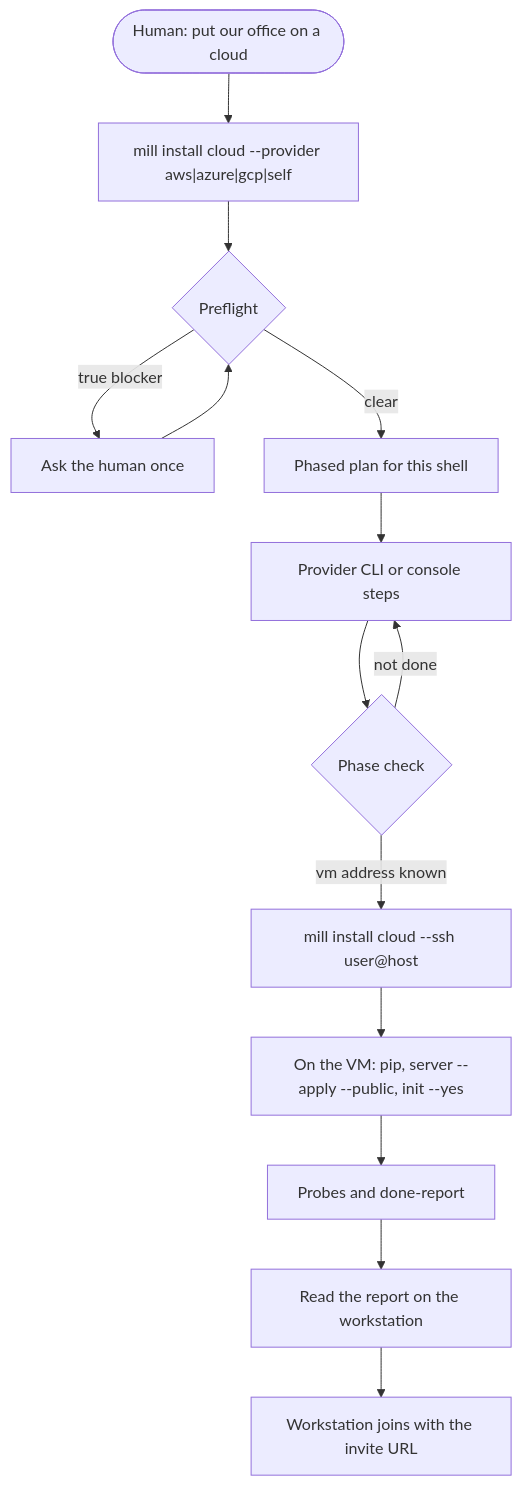
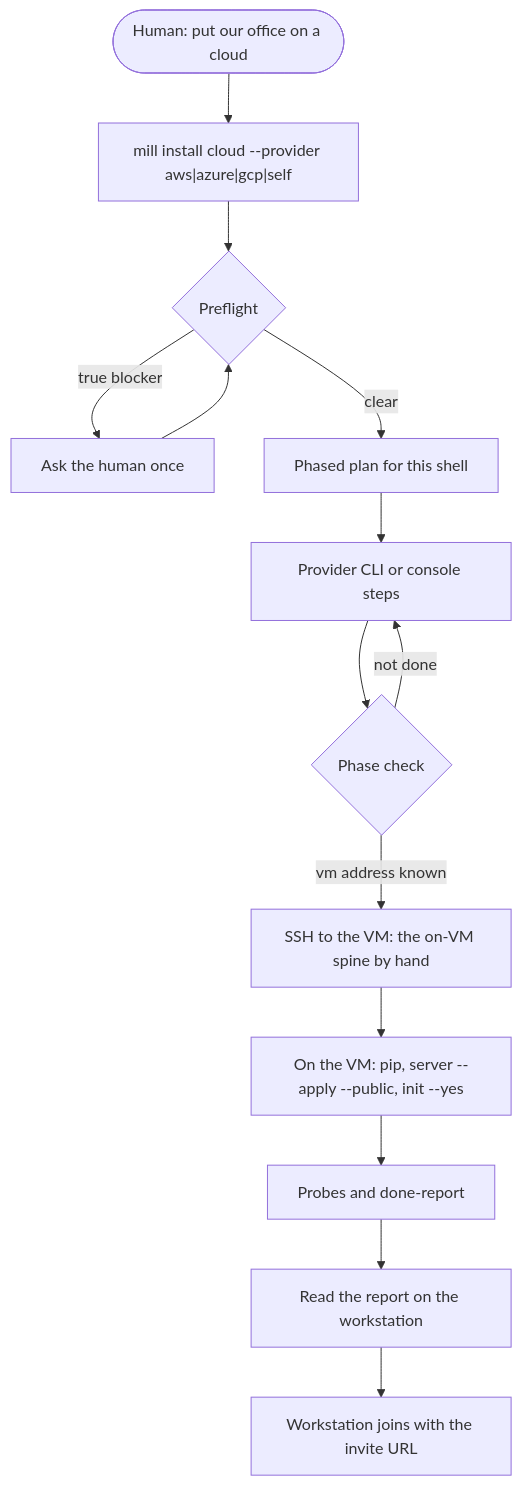
One commit to pyginapithon/the-mill changed the diagram in docs/install/CLOUD.md. Above: the diagram before and after it, drawn with Mermaid. The commit also changed other lines of this file and 17 other files, not shown here.

````diff
--- a/docs/install/CLOUD.md
+++ b/docs/install/CLOUD.md
@@ -19,16 +19,16 @@
 ```mermaid
 flowchart TD
   ask([Human: put our office on a cloud]) --> pre["mill install cloud --provider aws|azure|gcp|self"]
   pre --> pf{Preflight}
   pf -->|true blocker| human[Ask the human once]
   human --> pf
   pf -->|clear| plan[Phased plan for this shell]
   plan --> step[Provider CLI or console steps]
   step --> check{Phase check}
   check -->|not done| step
-  check -->|vm address known| ssh["mill install cloud --ssh user@host"]
+  check -->|vm address known| ssh["SSH to the VM: the on-VM spine by hand"]
   ssh --> vm["On the VM: pip, server --apply --public, init --yes"]
   vm --> report[Probes and done-report]
   report --> back[Read the report on the workstation]
   back --> join[Workstation joins with the invite URL]
 ```
````
